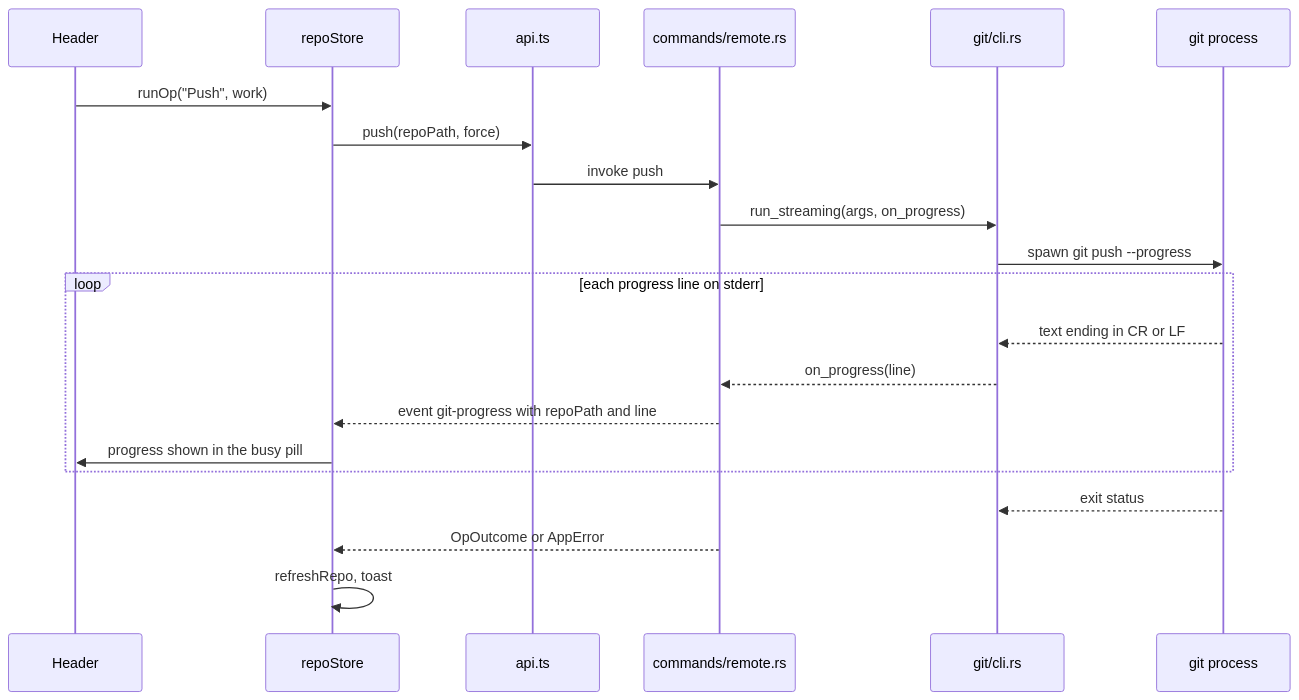
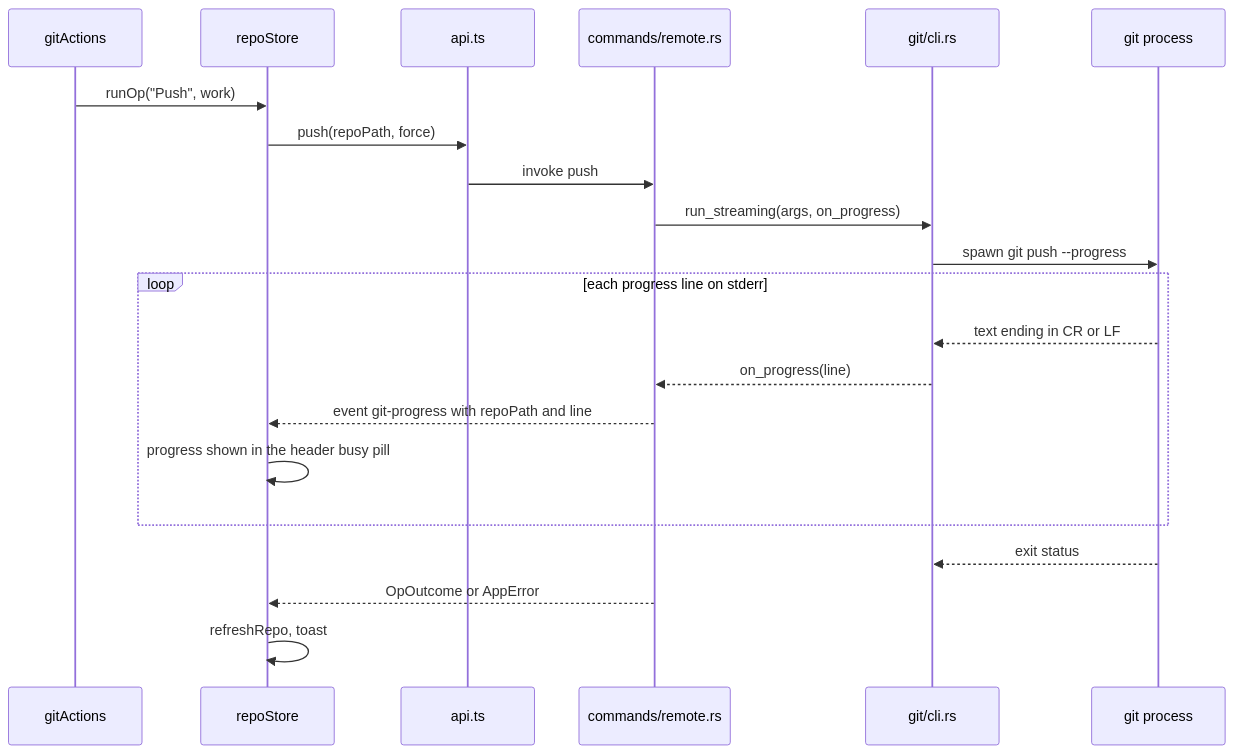
Before and after one commit to shibbirweb/git-manager: the first of 2 diagrams in docs/wiki/developer/How-Remotes-Work.md, drawn with Mermaid. The commit also changed other lines of this file and 110 other files, not shown here.

````diff
--- a/docs/wiki/developer/How-Remotes-Work.md
+++ b/docs/wiki/developer/How-Remotes-Work.md
@@ -15,23 +18,23 @@
 ```mermaid
 sequenceDiagram
-    participant H as Header
+    participant H as gitActions
     participant RS as repoStore
     participant API as api.ts
     participant CMD as commands/remote.rs
     participant CLI as git/cli.rs
     participant GIT as git process
     H->>RS: runOp("Push", work)
     RS->>API: push(repoPath, force)
     API->>CMD: invoke push
     CMD->>CLI: run_streaming(args, on_progress)
     CLI->>GIT: spawn git push --progress
     loop each progress line on stderr
         GIT-->>CLI: text ending in CR or LF
         CLI-->>CMD: on_progress(line)
         CMD-->>RS: event git-progress with repoPath and line
-        RS->>H: progress shown in the busy pill
+        RS->>RS: progress shown in the header busy pill
     end
     GIT-->>CLI: exit status
     CMD-->>RS: OpOutcome or AppError
     RS->>RS: refreshRepo, toast
 ```
````
